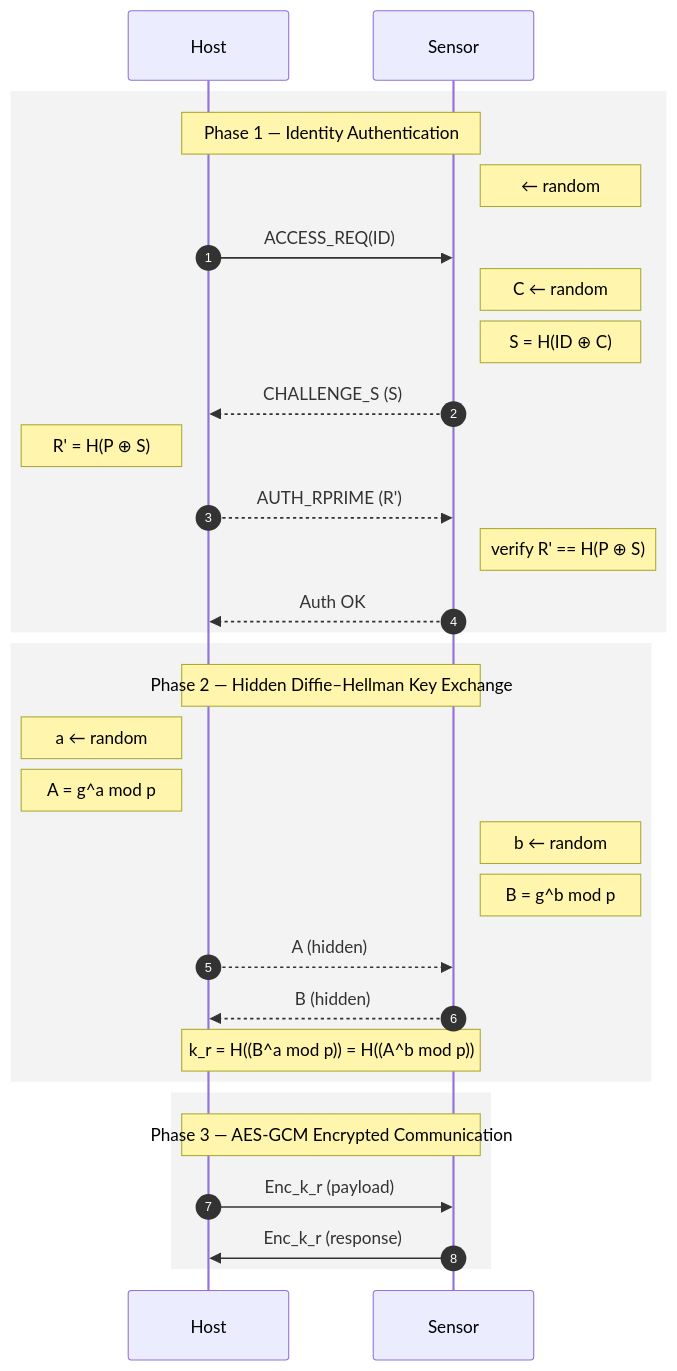
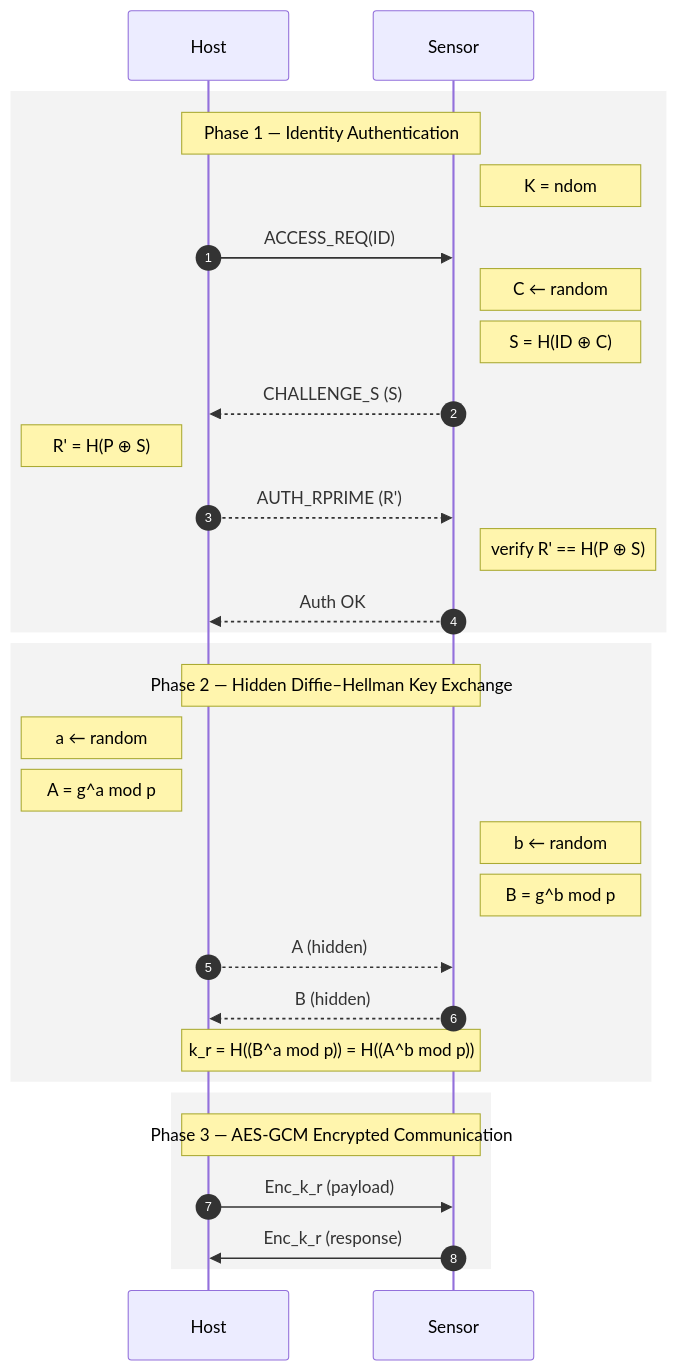
One commit to TracerWWW/iodraw-files changed the diagram in all/kr.md. Above: the diagram before and after it, drawn with Mermaid.

Commit message:
2026-01-30 02:45:30 update

````diff
--- a/all/kr.md
+++ b/all/kr.md
@@ -1,59 +1,59 @@
 ```mermaid
 sequenceDiagram
     autonumber
     participant Host
     participant Sensor
 
     %% =========================
     %% Phase 1: Identity Authentication
     %% =========================
     rect rgba(220,220,220,0.35)
     Note over Host,Sensor: Phase 1 — Identity Authentication
 
-    Note right of Sensor: ← random
+    Note right of Sensor: K = ndom
 
     Host->>Sensor: ACCESS_REQ(ID)
 
     Note right of Sensor: C ← random
     Note right of Sensor: S = H(ID ⊕ C)
 
     Sensor-->>Host: CHALLENGE_S (S)
 
     Note left of Host: R' = H(P ⊕ S)
 
     Host-->>Sensor: AUTH_RPRIME (R')
 
     Note right of Sensor: verify R' == H(P ⊕ S)
 
     Sensor-->>Host: Auth OK
     end
 
     %% =========================
     %% Phase 2: Hidden Diffie–Hellman
     %% =========================
     rect rgba(220,220,220,0.35)
     Note over Host,Sensor: Phase 2 — Hidden Diffie–Hellman Key Exchange
 
     Note left of Host: a ← random
     Note left of Host: A = g^a mod p
 
     Note right of Sensor: b ← random
     Note right of Sensor: B = g^b mod p
 
     Host-->>Sensor: A (hidden)
     Sensor-->>Host: B (hidden)
 
     Note over Host,Sensor: k_r = H((B^a mod p)) = H((A^b mod p))
     end
 
     %% =========================
     %% Phase 3: Encrypted Communication
     %% =========================
     rect rgba(220,220,220,0.35)
     Note over Host,Sensor: Phase 3 — AES-GCM Encrypted Communication
 
     Host->>Sensor: Enc_k_r (payload)
     Sensor->>Host: Enc_k_r (response)
     end
 
 ```
````
